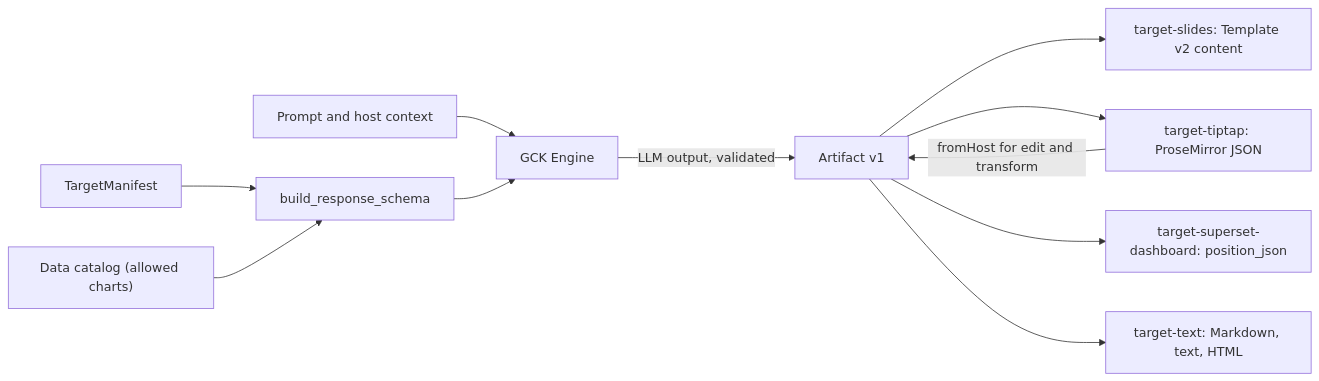
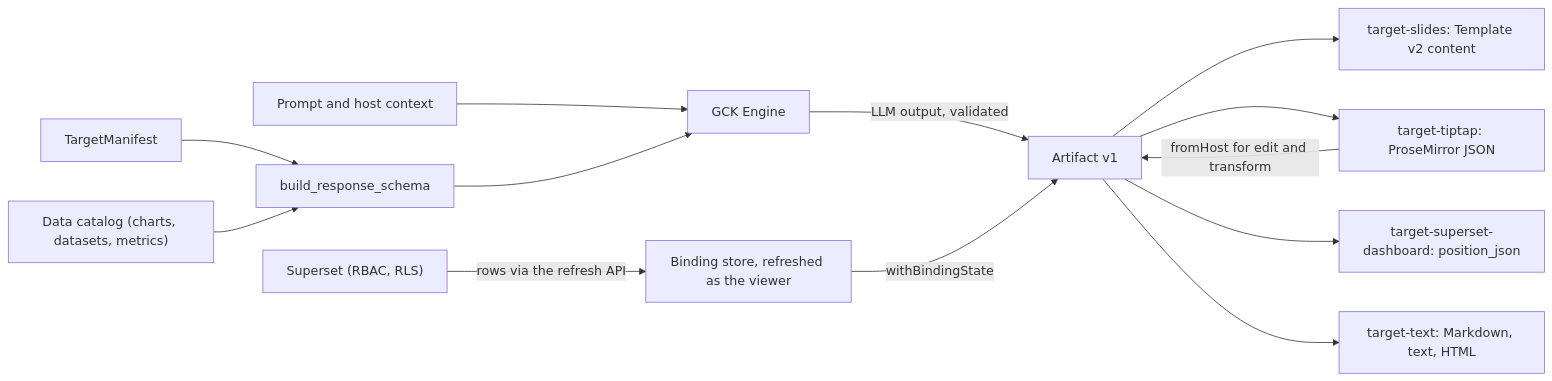
The first of 3 diagrams in tutorial/content/ai-component/62-artifact-spec-and-targets.md (debnathSD/presenton-os), drawn with Mermaid before and after one commit. The commit also changed other lines of this file and 12 other files, not shown here.

First line of the commit message:
docs: make every GCK target use live Superset data

````diff
--- a/tutorial/content/ai-component/62-artifact-spec-and-targets.md
+++ b/tutorial/content/ai-component/62-artifact-spec-and-targets.md
@@ -84,13 +84,15 @@
 ```mermaid
 flowchart LR
     P["Prompt and host context"] --> E["GCK Engine"]
     M["TargetManifest"] --> S["build_response_schema"]
-    C["Data catalog (allowed charts)"] --> S
+    C["Data catalog (charts, datasets, metrics)"] --> S
     S --> E
     E -->|"LLM output, validated"| A["Artifact v1"]
     A --> T1["target-slides: Template v2 content"]
     A --> T2["target-tiptap: ProseMirror JSON"]
     A --> T3["target-superset-dashboard: position_json"]
     A --> T4["target-text: Markdown, text, HTML"]
     T2 -->|"fromHost for edit and transform"| A
+    R["Binding store, refreshed as the viewer"] -->|"withBindingState"| A
+    SS["Superset (RBAC, RLS)"] -->|"rows via the refresh API"| R
 ```
````
